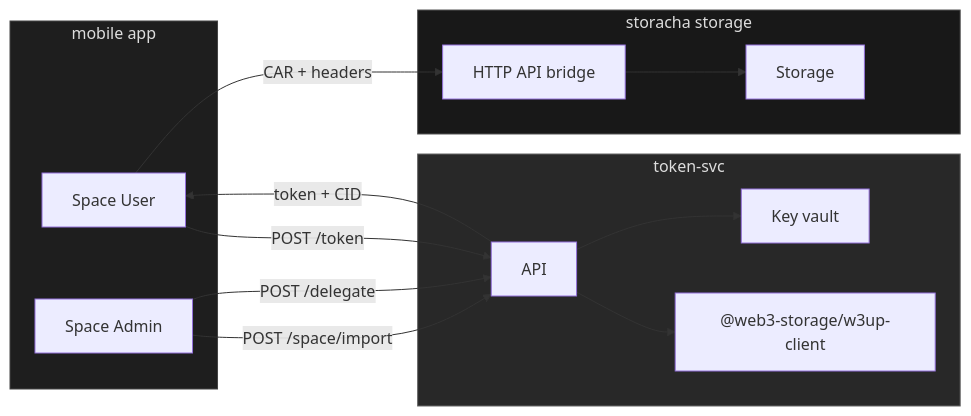
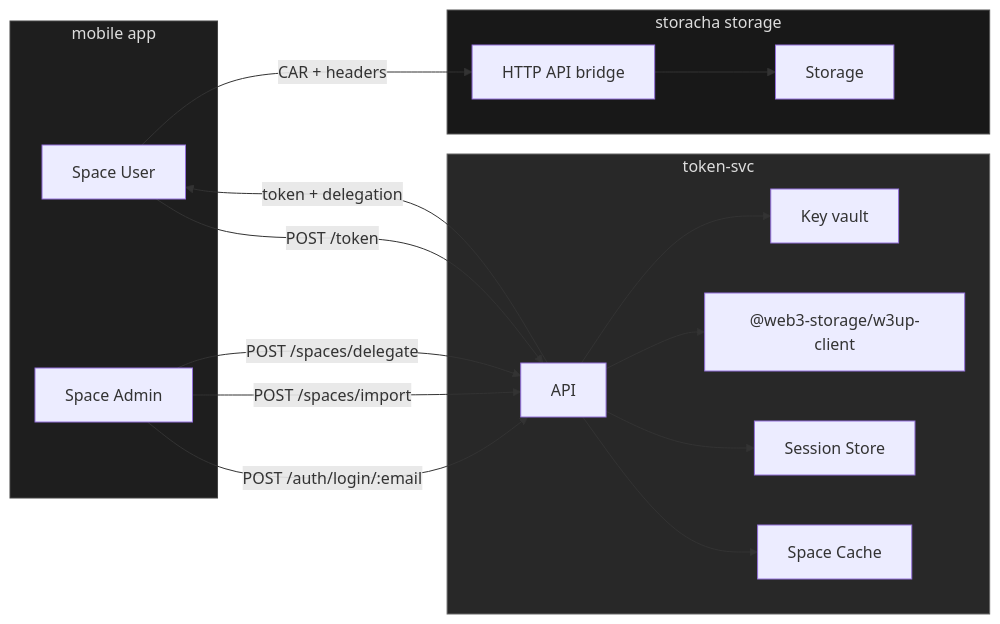
Before and after one commit to hyphacoop/save-storacha: the first of 2 diagrams in README.md, drawn with Mermaid. The commit also changed other lines of this file, not shown here.

````diff
--- a/README.md
+++ b/README.md
@@ -5,34 +36,39 @@
 ```mermaid
 flowchart LR
     %% mobile clients
     subgraph Mobile["mobile app"]
         style Mobile fill:#1e1e1e,stroke:#444,color:#ddd
         UA["Space User"]
         AA["Space Admin"]
     end
 
     %% token service
     subgraph TokenSvc["token-svc"]
         style TokenSvc fill:#282828,stroke:#666,color:#ddd
         API["API"]
         KV["Key vault"]
         SDK["@web3-storage/w3up-client"]
+        Session["Session Store"]
+        Cache["Space Cache"]
         API --> KV
         API --> SDK
+        API --> Session
+        API --> Cache
     end
 
     %% storacha storage
     subgraph Storacha["storacha storage"]
         style Storacha fill:#181818,stroke:#555,color:#ddd
         BR["HTTP API bridge"]
         DB["Storage"]
         BR --> DB
     end
 
     %% flows
-    AA -- "POST /space/import" --> API
-    AA -- "POST /delegate"     --> API
-    UA -- "POST /token"        --> API
-    API -- "token + CID"       --> UA
-    UA -- "CAR + headers"      --> BR
+    AA -- "POST /auth/login/:email" --> API
+    AA -- "POST /spaces/import" --> API
+    AA -- "POST /spaces/delegate" --> API
+    UA -- "POST /token" --> API
+    API -- "token + delegation" --> UA
+    UA -- "CAR + headers" --> BR
 ```
````
